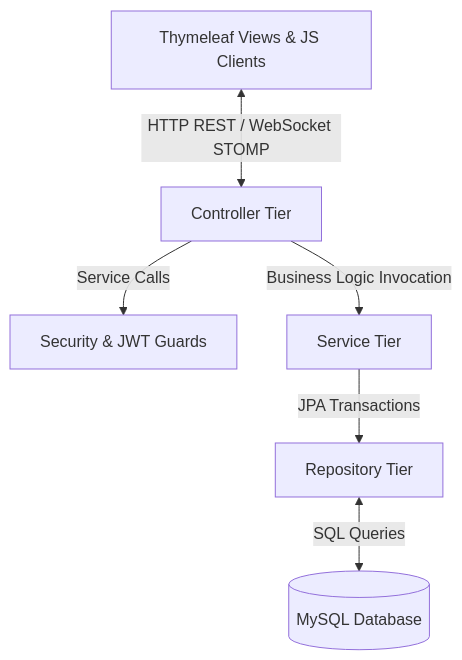
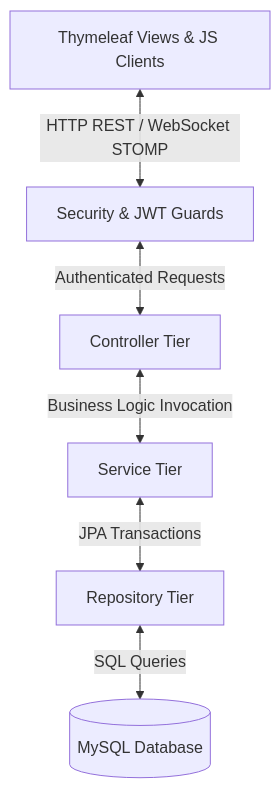
The diagram in PROJECT_STATE.md (DNTt30/Food_Delivery_System), drawn with Mermaid before and after one commit. The commit also changed 15 other files, not shown here.

````diff
--- a/PROJECT_STATE.md
+++ b/PROJECT_STATE.md
@@ -26,8 +26,8 @@
 ```mermaid
 graph TD
-    UI[Thymeleaf Views & JS Clients] <-->|HTTP REST / WebSocket STOMP| Cont[Controller Tier]
-    Cont -->|Service Calls| Sec[Security & JWT Guards]
-    Cont -->|Business Logic Invocation| Serv[Service Tier]
-    Serv -->|JPA Transactions| Rep[Repository Tier]
+    UI[Thymeleaf Views & JS Clients] <-->|HTTP REST / WebSocket STOMP| Sec[Security & JWT Guards]
+    Sec <-->|Authenticated Requests| Cont[Controller Tier]
+    Cont <-->|Business Logic Invocation| Serv[Service Tier]
+    Serv <-->|JPA Transactions| Rep[Repository Tier]
     Rep <-->|SQL Queries| DB[(MySQL Database)]
 ```
````
